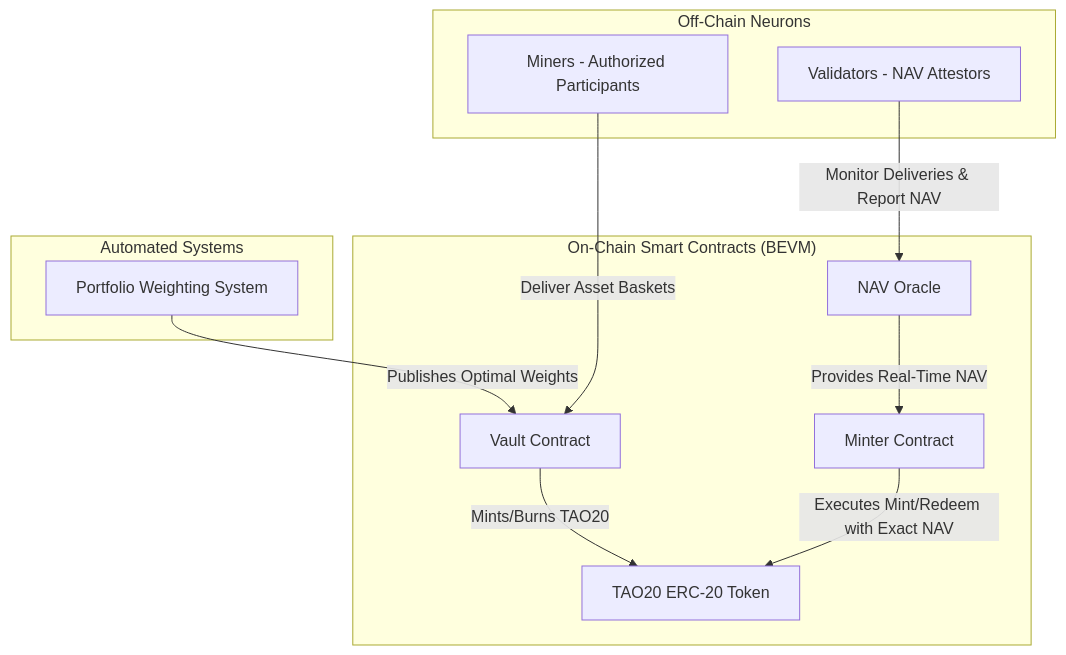
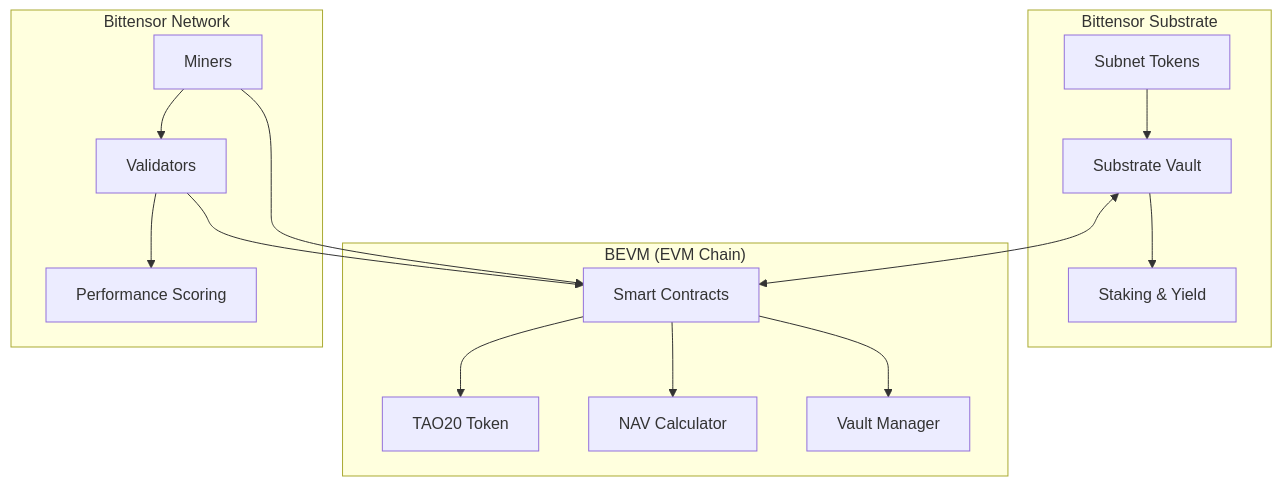
Before and after one commit to alexlange1/alphamind-transparency: the diagram in README.md, drawn with Mermaid. The commit also changed other lines of this file and 155 other files, not shown here.

````diff
--- a/README.md
+++ b/README.md
@@ -36,25 +41,22 @@
 ```mermaid
-graph TD
-    subgraph "Off-Chain Neurons"
-        A[Miners - Authorized Participants]
-        B[Validators - NAV Attestors]
+graph TB
+    subgraph "Bittensor Substrate"
+        A[Subnet Tokens] --> B[Substrate Vault]
+        B --> C[Staking & Yield]
     end
-
-    subgraph "On-Chain Smart Contracts (BEVM)"
-        C[Vault Contract]
-        D[TAO20 ERC-20 Token]
-        E[NAV Oracle]
-        F[Minter Contract]
+    
+    subgraph "BEVM (EVM Chain)"
+        D[Smart Contracts] --> E[TAO20 Token]
+        D --> F[NAV Calculator]
+        D --> G[Vault Manager]
     end
-
-    subgraph "Automated Systems"
-        G[Portfolio Weighting System]
+    
+    subgraph "Bittensor Network"
+        H[Miners] --> I[Validators]
+        I --> J[Performance Scoring]
     end
-
-    A -- "Deliver Asset Baskets" --> C
-    C -- "Mints/Burns TAO20" --> D
-    B -- "Monitor Deliveries & Report NAV" --> E
-    E -- "Provides Real-Time NAV" --> F
-    F -- "Executes Mint/Redeem with Exact NAV" --> D
-    G -- "Publishes Optimal Weights" --> C
+    
+    B <--> D
+    H --> D
+    I --> D
 ```
````
